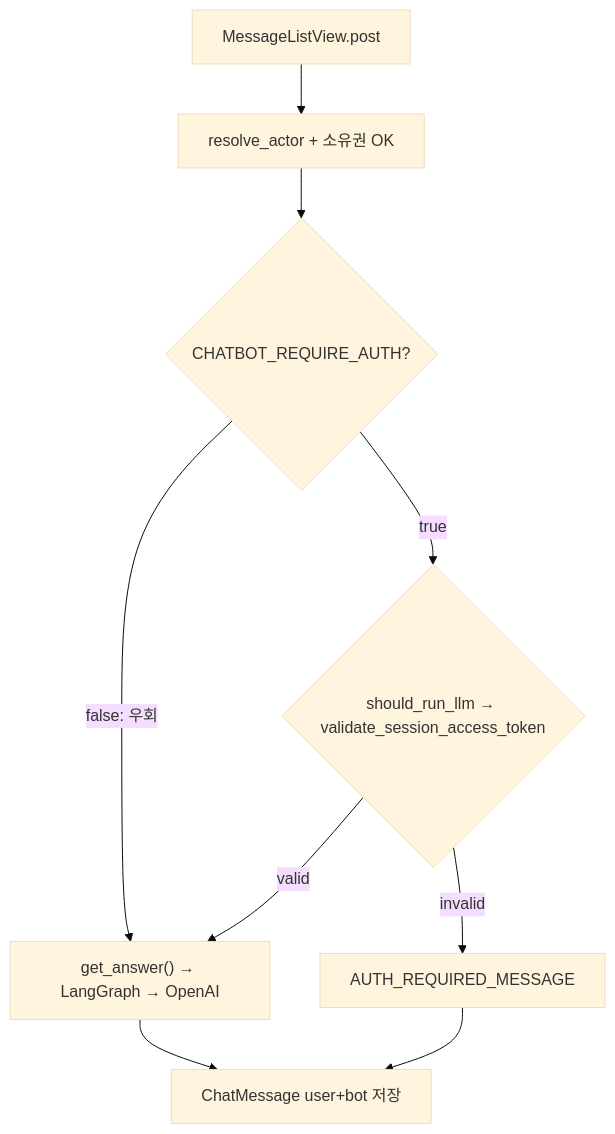
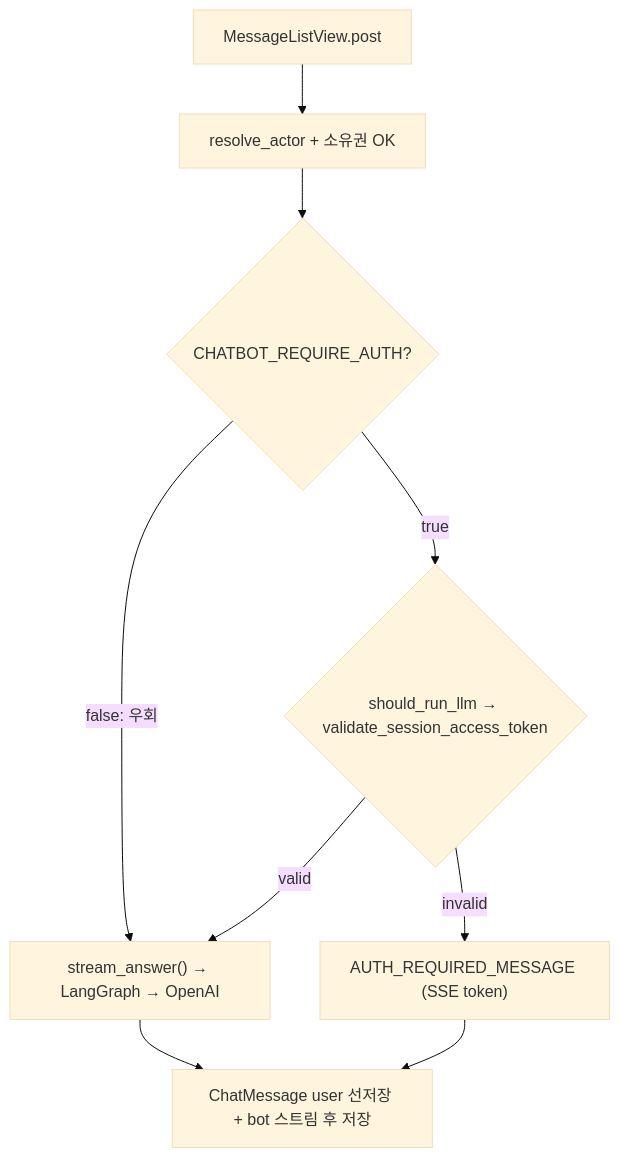
One commit to EJ-pro/SKN27-4th-4team changed the first of 2 diagrams in docs/에픽03-JWT-LLM-게이트.md. Above: the diagram before and after it, drawn with Mermaid (base theme). The commit also changed other lines of this file and 2 other files, not shown here.

````diff
--- a/docs/에픽03-JWT-LLM-게이트.md
+++ b/docs/에픽03-JWT-LLM-게이트.md
@@ -176,17 +178,17 @@
 ```mermaid
 flowchart TD
   POST["MessageListView.post"]
   Actor["resolve_actor + 소유권 OK"]
   Gate{"CHATBOT_REQUIRE_AUTH?"}
   JWT{"should_run_llm → validate_session_access_token"}
-  LLM["get_answer() → LangGraph → OpenAI"]
-  Fixed["AUTH_REQUIRED_MESSAGE"]
-  Save["ChatMessage user+bot 저장"]
+  LLM["stream_answer() → LangGraph → OpenAI"]
+  Fixed["AUTH_REQUIRED_MESSAGE (SSE token)"]
+  Save["ChatMessage user 선저장 + bot 스트림 후 저장"]
   POST --> Actor --> Gate
   Gate -->|"false: 우회"| LLM
   Gate -->|"true"| JWT
   JWT -->|"valid"| LLM
   JWT -->|"invalid"| Fixed
   LLM --> Save
   Fixed --> Save
 ```
````
